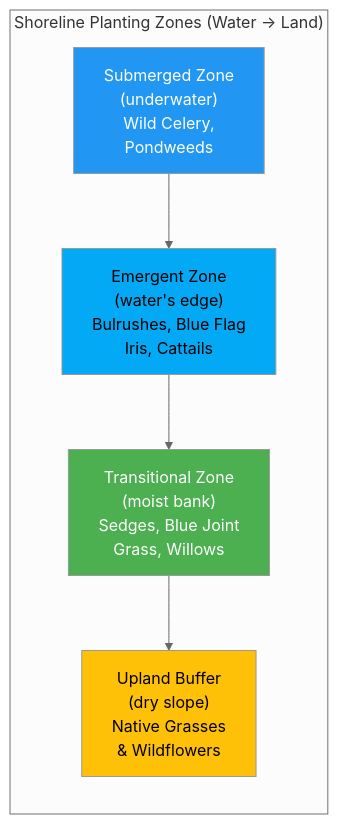
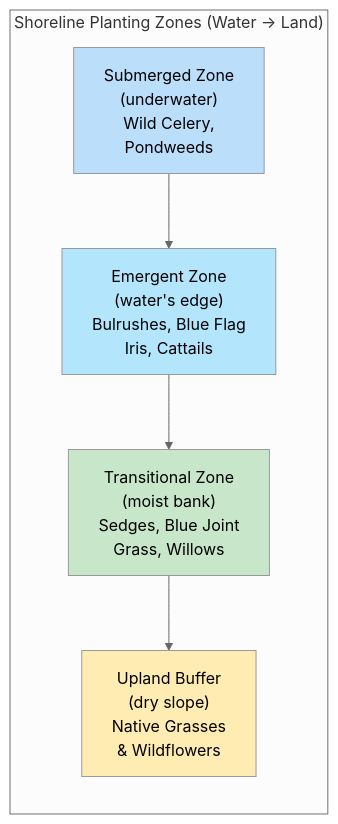
Before and after one commit to arunbatchu/minnesota-native-plants: the first of 2 diagrams in docs/chapters/05-wetland-shoreline-plants/index.md, drawn with Mermaid (neutral theme). The commit also changed other lines of this file and 10 other files, not shown here.

First line of the commit message:
Switch Mermaid diagrams to pastel palette — black text on light backgrounds

````diff
--- a/docs/chapters/05-wetland-shoreline-plants/index.md
+++ b/docs/chapters/05-wetland-shoreline-plants/index.md
@@ -99,16 +99,16 @@
 ```mermaid
 flowchart LR
     subgraph zones["Shoreline Planting Zones (Water → Land)"]
         SUB["Submerged Zone<br/>(underwater)<br/>Wild Celery,<br/>Pondweeds"]
         EMR["Emergent Zone<br/>(water's edge)<br/>Bulrushes, Blue Flag<br/>Iris, Cattails"]
         TRN["Transitional Zone<br/>(moist bank)<br/>Sedges, Blue Joint<br/>Grass, Willows"]
         UPL["Upland Buffer<br/>(dry slope)<br/>Native Grasses<br/>& Wildflowers"]
     end
 
     SUB --> EMR --> TRN --> UPL
 
-    style SUB fill:#2196F3,color:#fff
-    style EMR fill:#03A9F4,color:#000
-    style TRN fill:#4CAF50,color:#fff
-    style UPL fill:#FFC107,color:#000
+    style SUB fill:#BBDEFB,color:#000
+    style EMR fill:#B3E5FC,color:#000
+    style TRN fill:#C8E6C9,color:#000
+    style UPL fill:#FFECB3,color:#000
 ```
````
